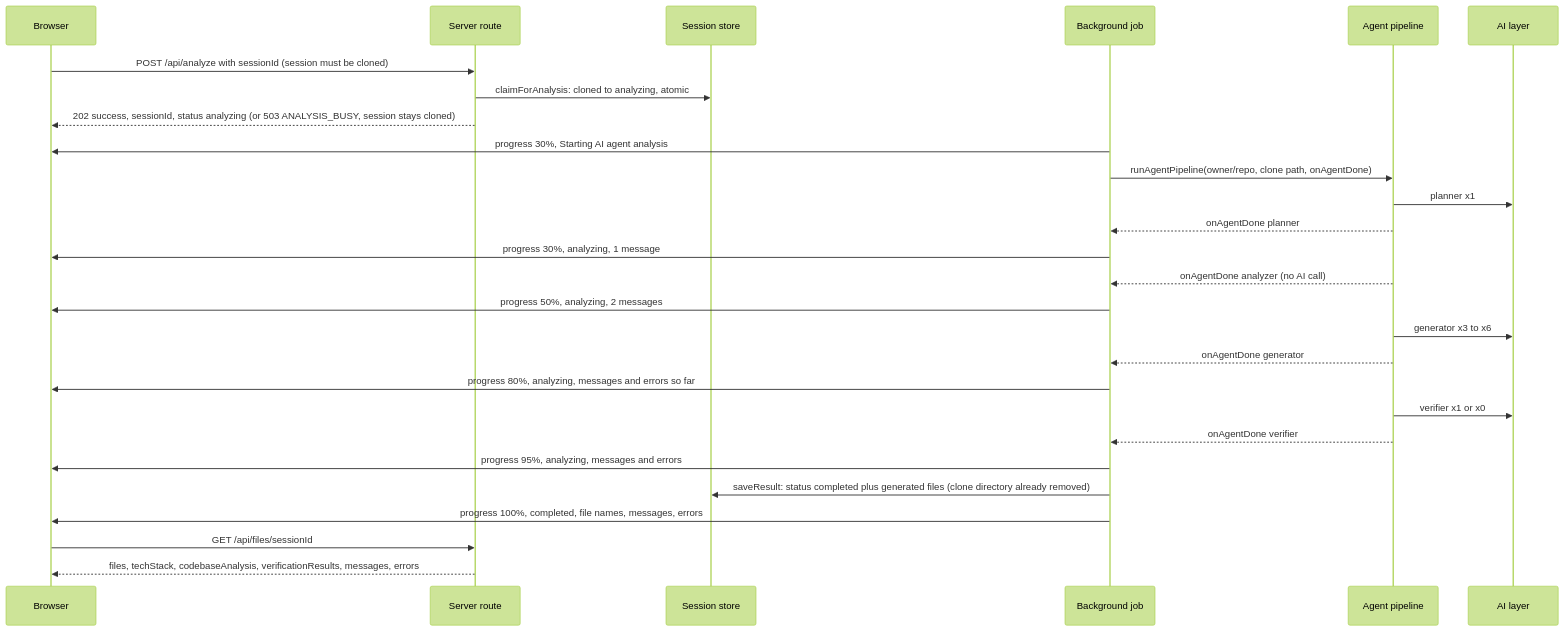
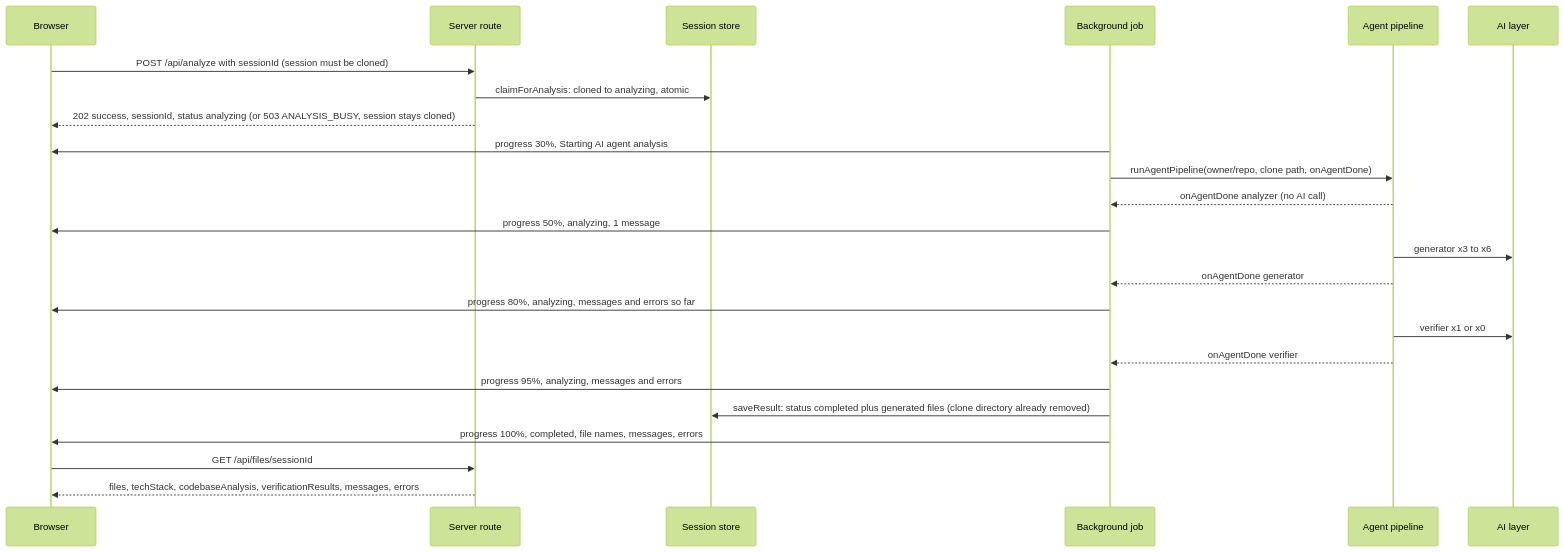
Before and after one commit to bipul724/InfraMind: the second of 3 diagrams in README-AI-AGENTS.md, drawn with Mermaid (forest theme). The commit also changed other lines of this file and 36 other files, not shown here.

````diff
--- a/README-AI-AGENTS.md
+++ b/README-AI-AGENTS.md
@@ -115,30 +110,27 @@
 ```mermaid
 sequenceDiagram
     participant B as Browser
     participant S as Server route
     participant St as Session store
     participant J as Background job
     participant P as Agent pipeline
     participant AI as AI layer
 
     B->>S: POST /api/analyze with sessionId (session must be cloned)
     S->>St: claimForAnalysis: cloned to analyzing, atomic
     S-->>B: 202 success, sessionId, status analyzing (or 503 ANALYSIS_BUSY, session stays cloned)
     J->>B: progress 30%, Starting AI agent analysis
     J->>P: runAgentPipeline(owner/repo, clone path, onAgentDone)
-    P->>AI: planner x1
-    P-->>J: onAgentDone planner
-    J->>B: progress 30%, analyzing, 1 message
     P-->>J: onAgentDone analyzer (no AI call)
-    J->>B: progress 50%, analyzing, 2 messages
+    J->>B: progress 50%, analyzing, 1 message
     P->>AI: generator x3 to x6
     P-->>J: onAgentDone generator
     J->>B: progress 80%, analyzing, messages and errors so far
     P->>AI: verifier x1 or x0
     P-->>J: onAgentDone verifier
     J->>B: progress 95%, analyzing, messages and errors
     J->>St: saveResult: status completed plus generated files (clone directory already removed)
     J->>B: progress 100%, completed, file names, messages, errors
     B->>S: GET /api/files/sessionId
     S-->>B: files, techStack, codebaseAnalysis, verificationResults, messages, errors
 ```
````
